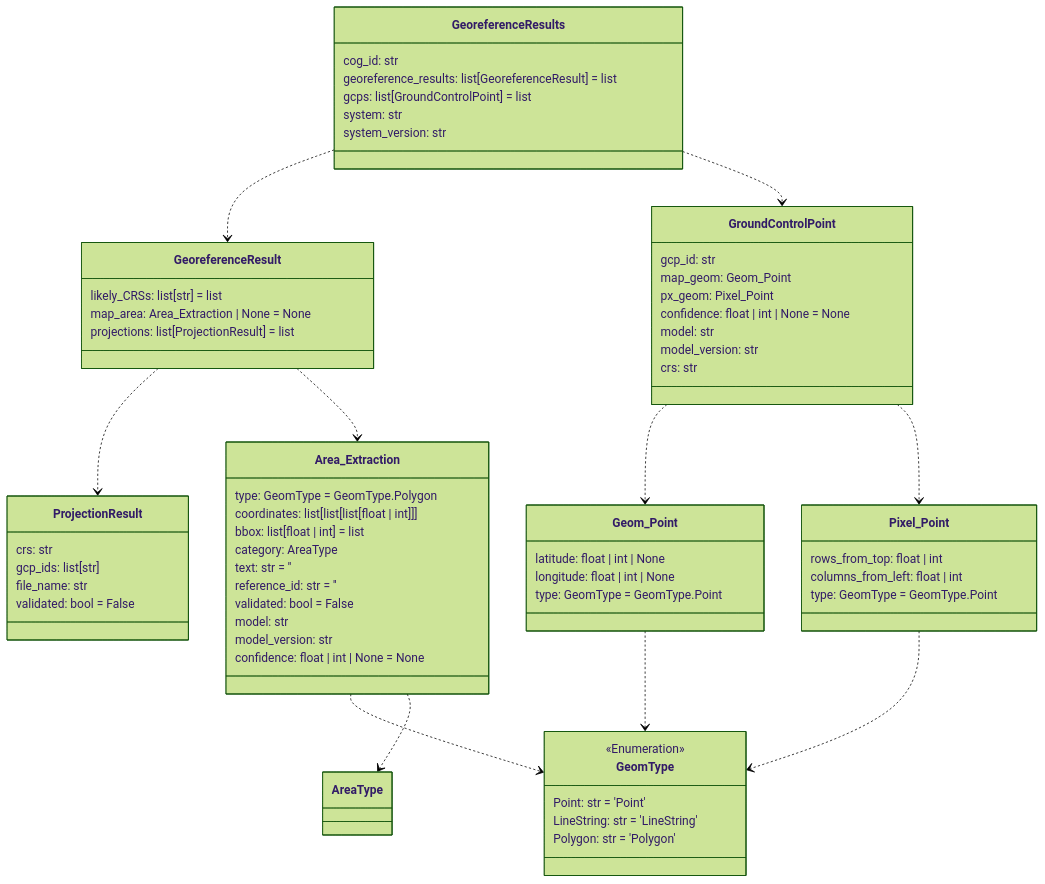
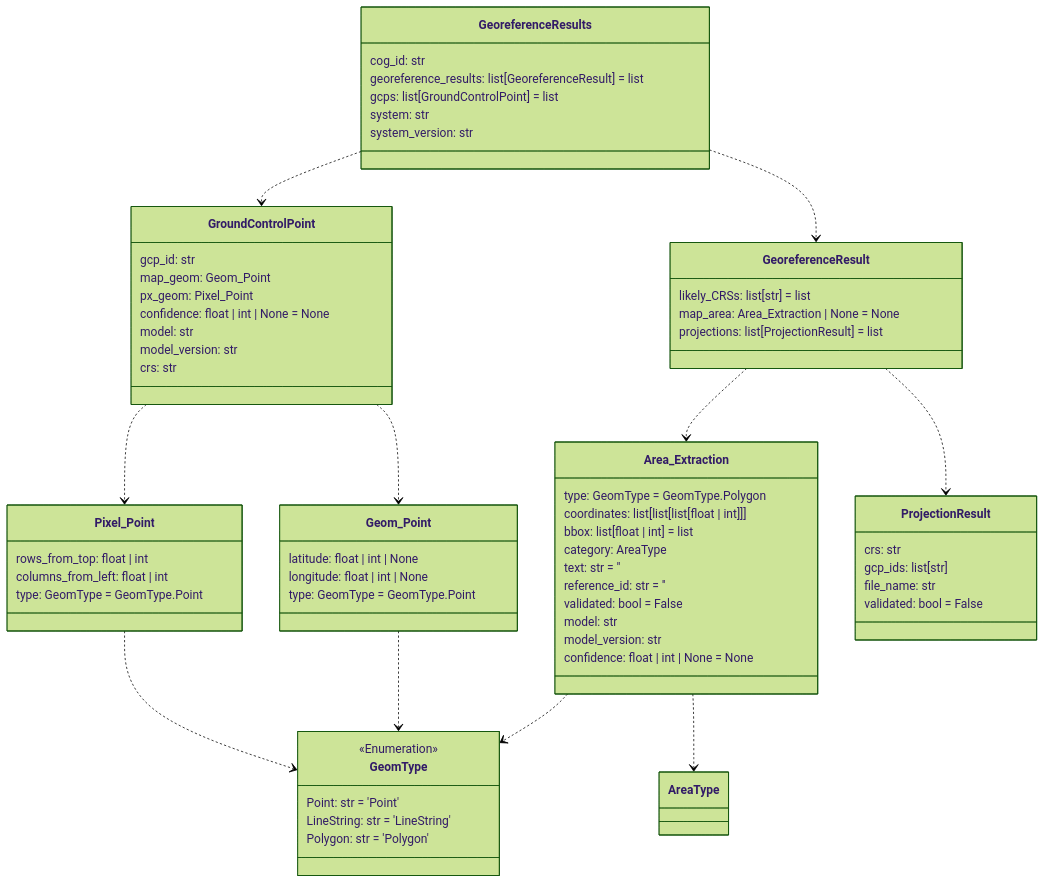
One commit to DARPA-CRITICALMAAS/cdr_schemas changed the second of 14 diagrams in README.md. Above: the diagram before and after it, drawn with Mermaid (forest theme). The commit also changed other lines of this file and 2 other files, not shown here.

````diff
--- a/README.md
+++ b/README.md
@@ -117,79 +117,79 @@
 ```mermaid
 classDiagram
 
-    class GeoreferenceResults {
-        cog_id: str
-        georeference_results: list[GeoreferenceResult] = list
-        gcps: list[GroundControlPoint] = list
-        system: str
-        system_version: str
-    }
-
-    class GeomType {
-        <<Enumeration>>
-        Point: str = 'Point'
-        LineString: str = 'LineString'
-        Polygon: str = 'Polygon'
+    class Pixel_Point {
+        rows_from_top: float | int
+        columns_from_left: float | int
+        type: GeomType = GeomType.Point
     }
 
     class GroundControlPoint {
         gcp_id: str
         map_geom: Geom_Point
         px_geom: Pixel_Point
         confidence: float | int | None = None
         model: str
         model_version: str
         crs: str
     }
 
     class GeoreferenceResult {
         likely_CRSs: list[str] = list
         map_area: Area_Extraction | None = None
         projections: list[ProjectionResult] = list
     }
 
-    class Pixel_Point {
-        rows_from_top: float | int
-        columns_from_left: float | int
-        type: GeomType = GeomType.Point
+    class GeomType {
+        <<Enumeration>>
+        Point: str = 'Point'
+        LineString: str = 'LineString'
+        Polygon: str = 'Polygon'
     }
 
-    class ProjectionResult {
-        crs: str
-        gcp_ids: list[str]
-        file_name: str
-        validated: bool = False
+    class GeoreferenceResults {
+        cog_id: str
+        georeference_results: list[GeoreferenceResult] = list
+        gcps: list[GroundControlPoint] = list
+        system: str
+        system_version: str
     }
 
     class Area_Extraction {
         type: GeomType = GeomType.Polygon
         coordinates: list[list[list[float | int]]]
         bbox: list[float | int] = list
         category: AreaType
         text: str = ''
         reference_id: str = ''
         validated: bool = False
         model: str
         model_version: str
         confidence: float | int | None = None
     }
 
     class Geom_Point {
         latitude: float | int | None
         longitude: float | int | None
         type: GeomType = GeomType.Point
     }
 
+    class ProjectionResult {
+        crs: str
+        gcp_ids: list[str]
+        file_name: str
+        validated: bool = False
+    }
+
     Area_Extraction ..> GeomType
     Area_Extraction ..> AreaType
     Geom_Point ..> GeomType
     Pixel_Point ..> GeomType
+    GroundControlPoint ..> Pixel_Point
     GroundControlPoint ..> Geom_Point
-    GroundControlPoint ..> Pixel_Point
+    GeoreferenceResult ..> Area_Extraction
     GeoreferenceResult ..> ProjectionResult
-    GeoreferenceResult ..> Area_Extraction
+    GeoreferenceResults ..> GroundControlPoint
     GeoreferenceResults ..> GeoreferenceResult
-    GeoreferenceResults ..> GroundControlPoint
 
 
 ```
````
